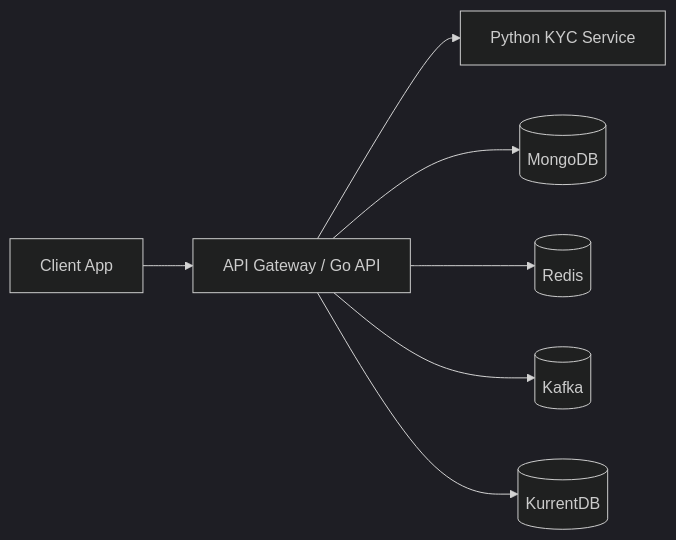
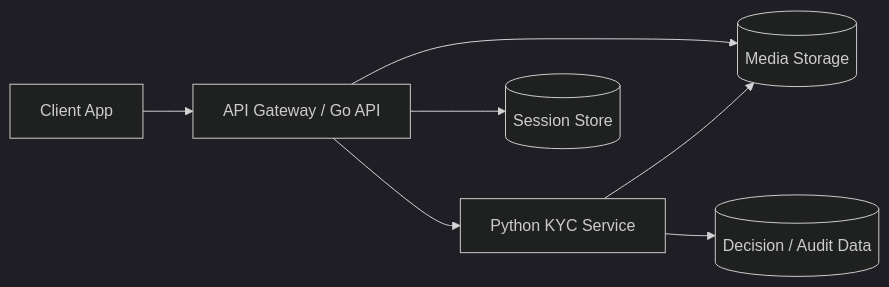
Before and after one commit to dont-wait/anomaly: the diagram in python-service/README.md, drawn with Mermaid (dark theme). The commit also changed other lines of this file, not shown here.

````diff
--- a/python-service/README.md
+++ b/python-service/README.md
@@ -16,17 +37,9 @@
 ```mermaid
 flowchart LR
-    Client[Client App]
-    Gateway[API Gateway / Go API]
-    KYC[Python KYC Service]
-    Mongo[(MongoDB)]
-    Redis[(Redis)]
-    Kafka[(Kafka)]
-    Kurrent[(KurrentDB)]
-
-    Client --> Gateway
-    Gateway --> KYC
-    Gateway --> Mongo
-    Gateway --> Redis
-    Gateway --> Kafka
-    Gateway --> Kurrent
+    Client[Client App] --> Gateway[API Gateway / Go API]
+    Gateway --> KYC[Python KYC Service]
+    Gateway --> Session[(Session Store)]
+    Gateway --> Storage[(Media Storage)]
+    KYC --> Storage
+    KYC --> Result[(Decision / Audit Data)]
 ```
````
